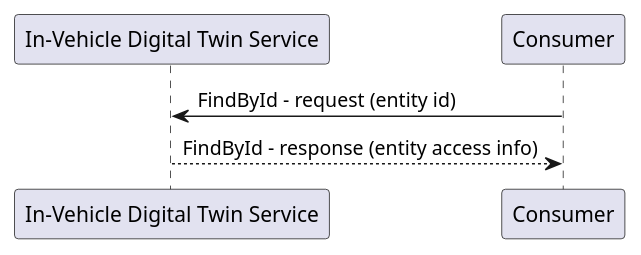
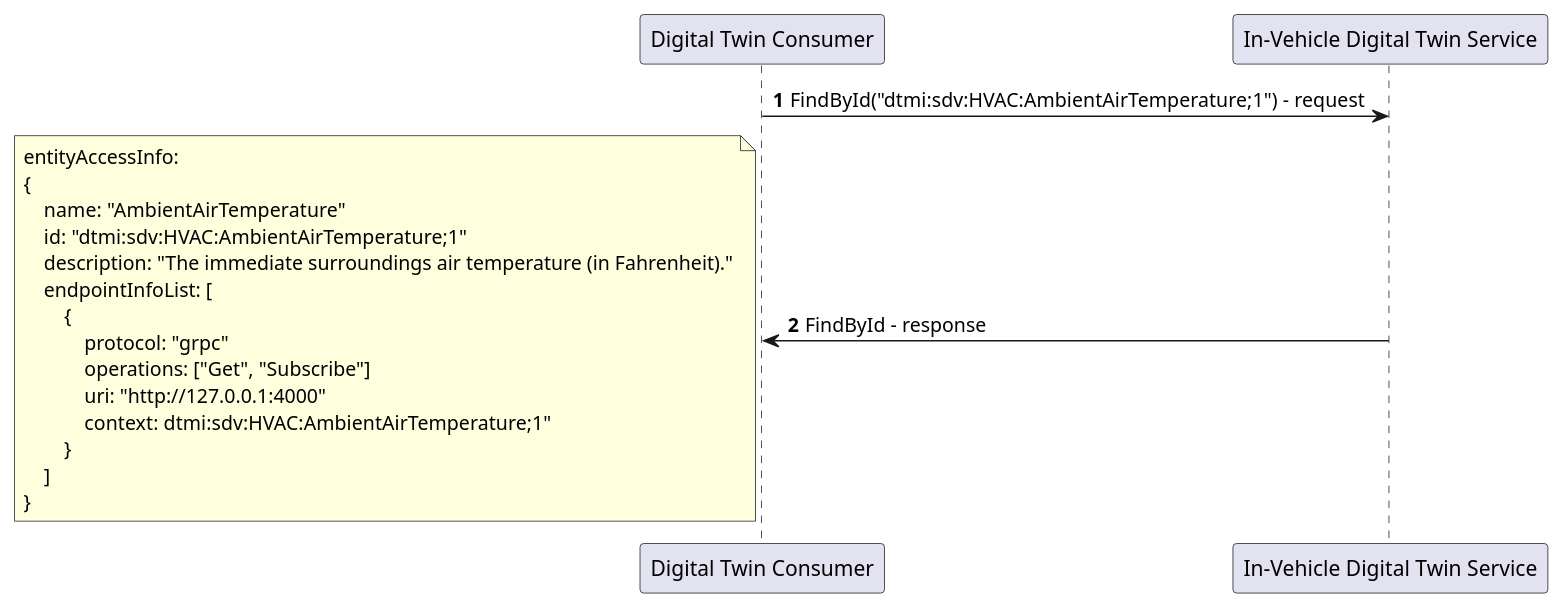
One commit to eclipse-ibeji/ibeji changed the diagram in docs/design/diagrams/findbyid_sequence.puml. Above: the diagram before and after it, drawn with PlantUML. The commit also changed 42 other files, not shown here.

```diff
--- a/docs/design/diagrams/findbyid_sequence.puml
+++ b/docs/design/diagrams/findbyid_sequence.puml
@@ -1,9 +1,24 @@
 @startuml
 
-participant "In-Vehicle Digital Twin Service"
-participant "Consumer"
+autonumber
 
-"Consumer" -> "In-Vehicle Digital Twin Service" : FindById - request (entity id)
-"In-Vehicle Digital Twin Service" --> "Consumer" : FindById - response (entity access info)
+"Digital Twin Consumer" -> "In-Vehicle Digital Twin Service" : FindById("dtmi:sdv:HVAC:AmbientAirTemperature;1") - request
+"Digital Twin Consumer" <- "In-Vehicle Digital Twin Service" : FindById - response
+note left
+entityAccessInfo:
+{
+    name: "AmbientAirTemperature"
+    id: "dtmi:sdv:HVAC:AmbientAirTemperature;1"
+    description: "The immediate surroundings air temperature (in Fahrenheit)."
+    endpointInfoList: [
+        {
+            protocol: "grpc"
+            operations: ["Get", "Subscribe"]
+            uri: "http://127.0.0.1:4000"
+            context: dtmi:sdv:HVAC:AmbientAirTemperature;1"
+        }
+    ]
+}
+end note
 
 @enduml
```
